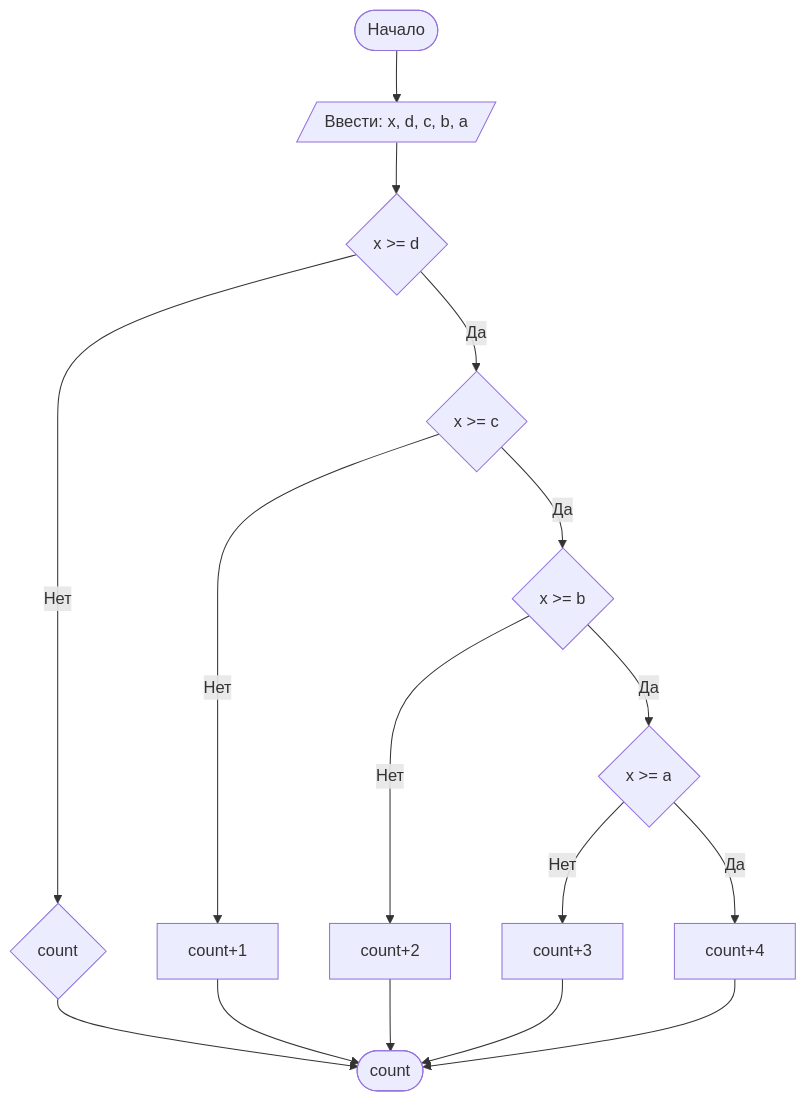
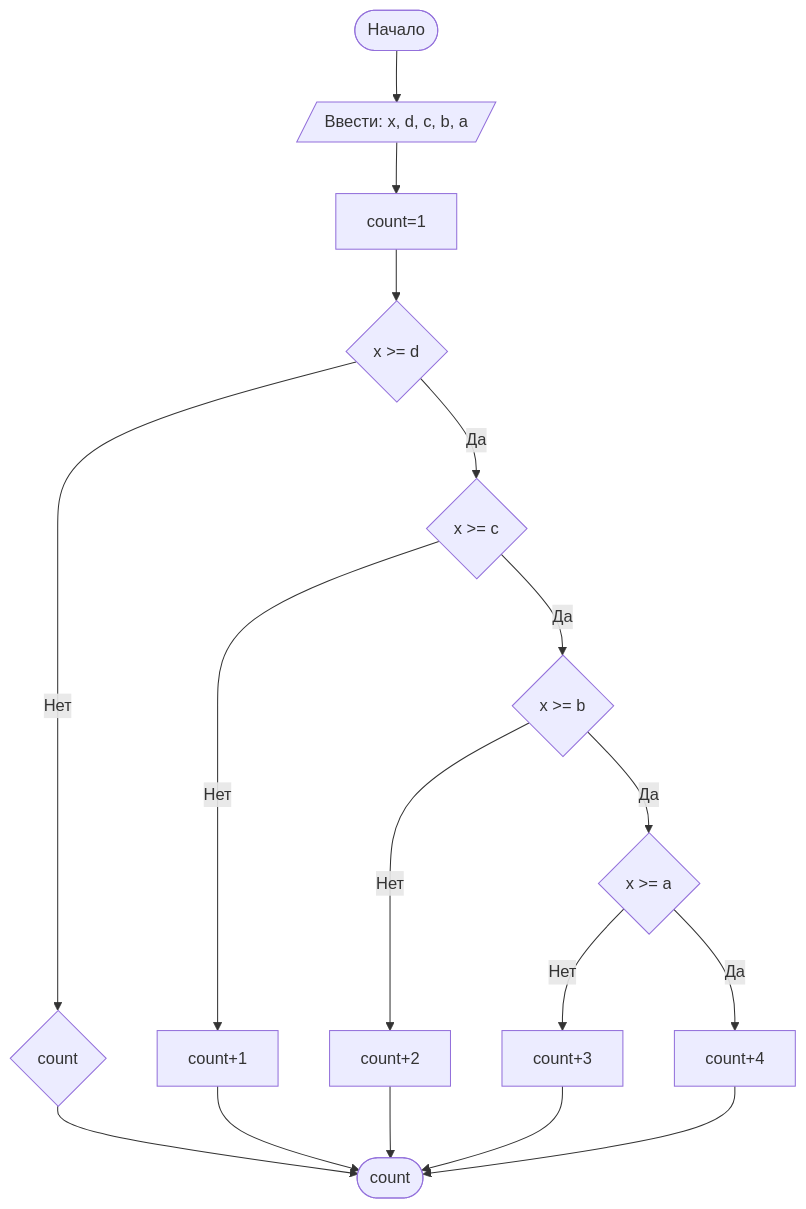
Before and after one commit to yantselovskiy5667/Lab1: the diagram in README.md, drawn with Mermaid.

````diff
--- a/README.md
+++ b/README.md
@@ -113,21 +113,23 @@
 ```mermaid
 graph TD
     A([Начало]) --> B[/Ввести: x, d, c, b, a /]
-    B --> C{x >= d}
+    B --> W[count=1]
+    W --> C{x >= d}
+    
     C -- Нет --> D{count}
     D -->Z([count])
     C -- Да --> I{x >= c}
     I -- Нет --> J[count+1]
     I -- Да --> K{x >= b}
     K -- Нет --> P[count+2]
     K -- Да --> S{x >= a}
     S -- Нет --> T[count+3]
     S -- Да --> F[count+4]
     J --> Z
     P --> Z
     T --> Z
     F --> Z
 
     
 
 ```
````
